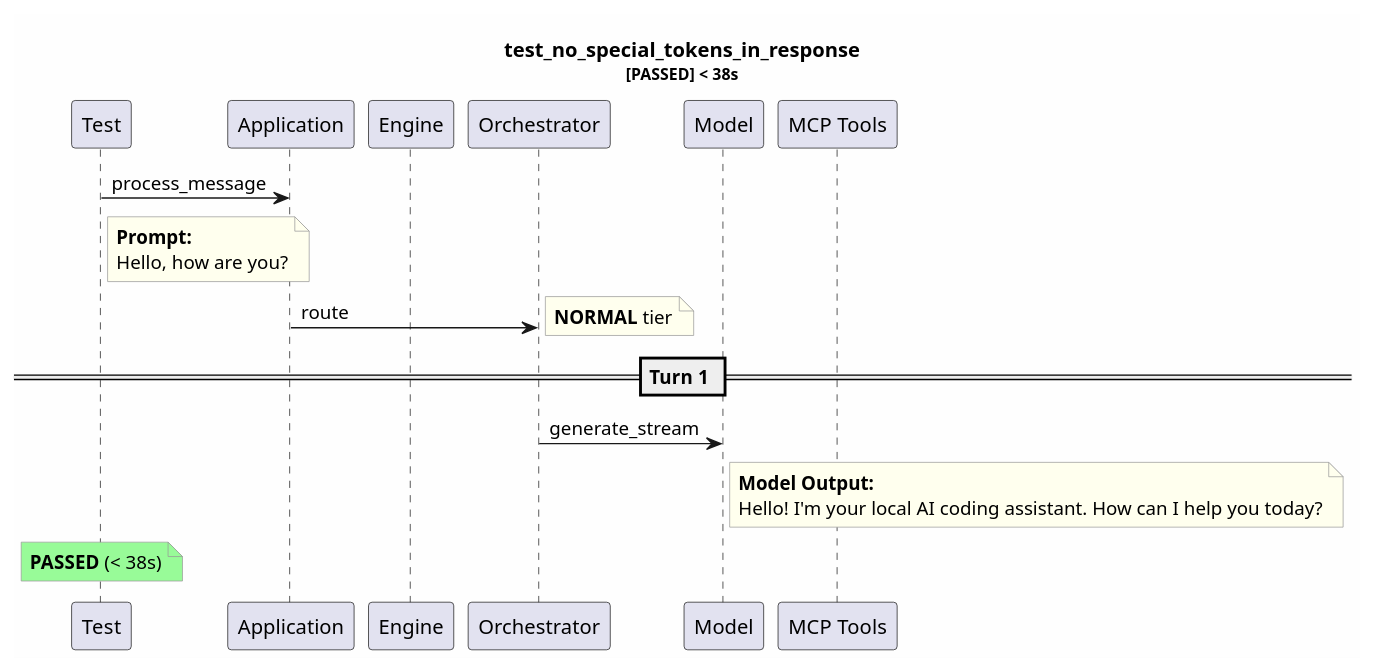
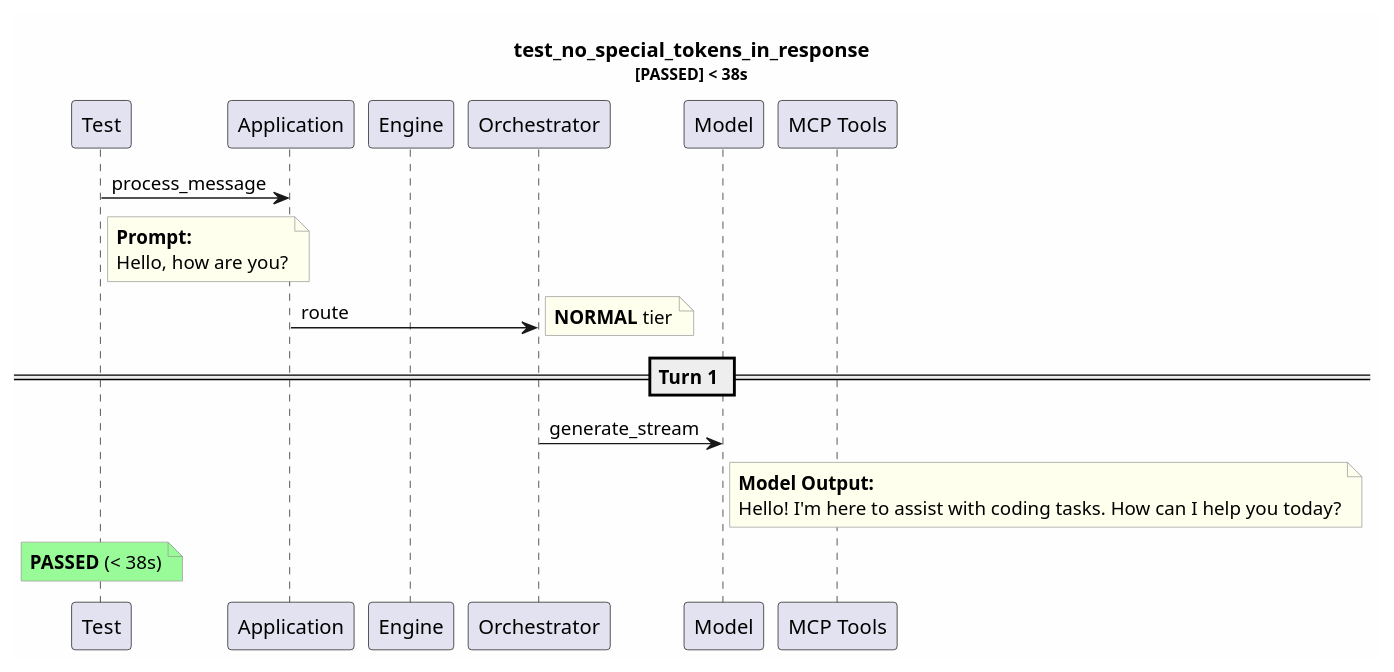
Before and after one commit to tvanfossen/entropic: the diagram in test-reports/logs/test_no_special_tokens_in_response/test_no_special_tokens_in_response.puml, drawn with PlantUML. The commit also changed 65 other files, not shown here.

First line of the commit message:
feat: typed frontmatter schemas + parse_prompt_file (Phase 1)

```diff
--- a/test-reports/logs/test_no_special_tokens_in_response/test_no_special_tokens_in_response.puml
+++ b/test-reports/logs/test_no_special_tokens_in_response/test_no_special_tokens_in_response.puml
@@ -1,31 +1,31 @@
 @startuml
 skinparam backgroundColor #FEFEFE
 skinparam noteBorderColor #999999
 skinparam noteBackgroundColor #FFFFEE
 title test_no_special_tokens_in_response\n<size:11>[PASSED] < 38s</size>
 
 participant "Test" as T
 participant "Application" as App
 participant "Engine" as Eng
 participant "Orchestrator" as Orch
 participant "Model" as Mdl
 participant "MCP Tools" as MCP
 
 T -> App: process_message
 note right of T
   **Prompt:**
   Hello, how are you?
 end note
 App -> Orch: route
 note right: **NORMAL** tier
 == Turn 1 ==
 Orch -> Mdl: generate_stream
 note right of Mdl
   **Model Output:**
-  Hello! I'm your local AI coding assistant. How can I help you today?
+  Hello! I'm here to assist with coding tasks. How can I help you today?
 end note
 note over T #palegreen
   **PASSED** (< 38s)
 end note
 
 @enduml
```
